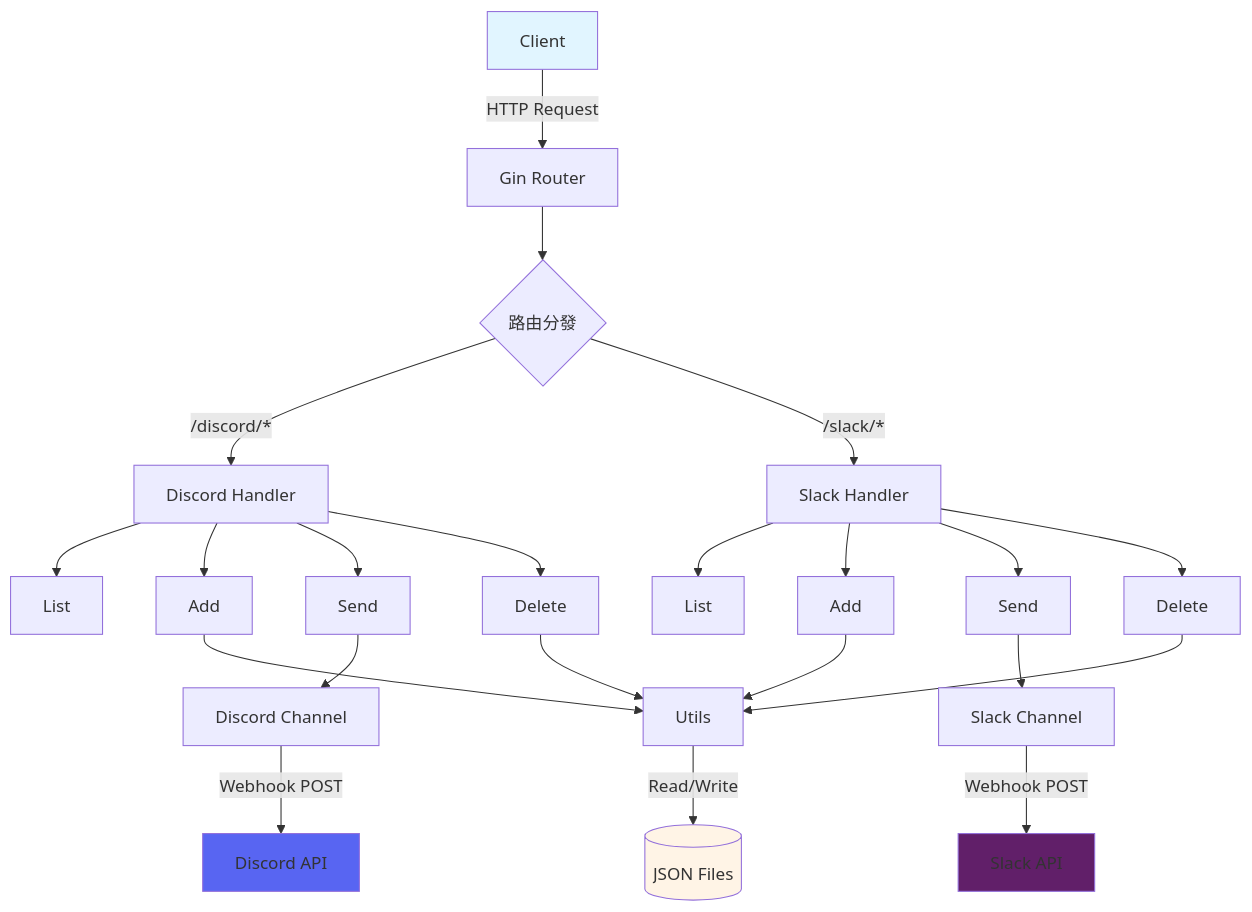
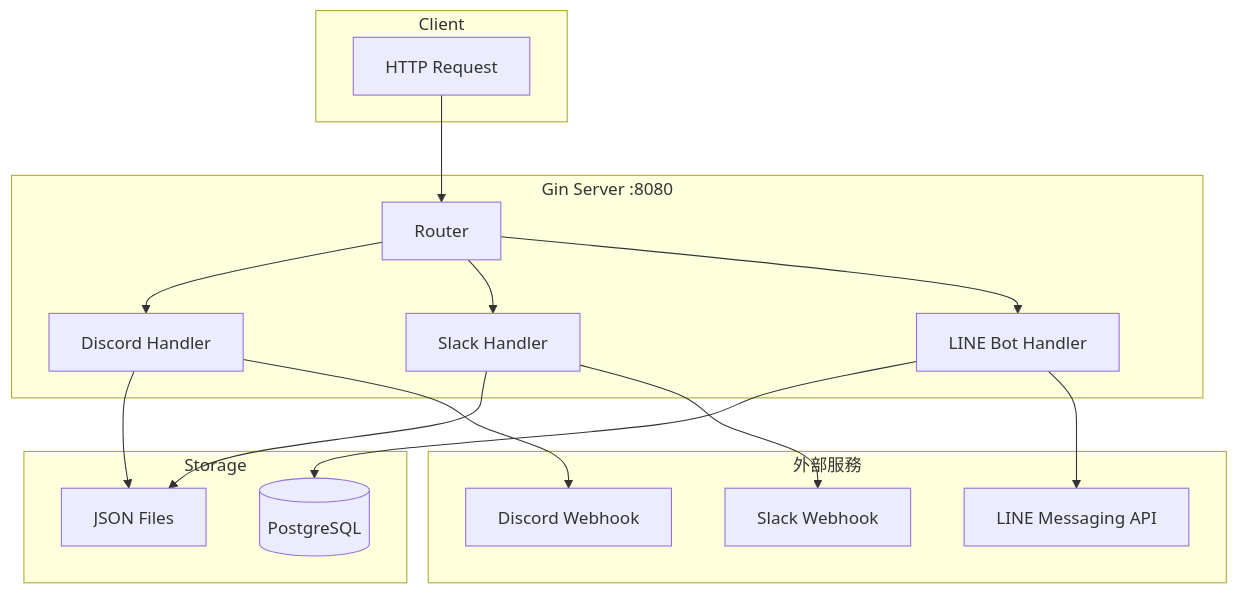
The first of 2 diagrams in README.zh.md (pardnchiu/go-notify-hub), drawn with Mermaid before and after one commit. The commit also changed other lines of this file and 20 other files, not shown here.

````diff
--- a/README.zh.md
+++ b/README.zh.md
@@ -258,36 +21,32 @@
 ```mermaid
 graph TB
-    A[Client] -->|HTTP Request| B[Gin Router]
-    B --> C{路由分發}
-    
-    C -->|/discord/*| D[Discord Handler]
-    C -->|/slack/*| E[Slack Handler]
-    
-    D --> D1[List]
-    D --> D2[Add]
-    D --> D3[Send]
-    D --> D4[Delete]
-    
-    E --> E1[List]
-    E --> E2[Add]
-    E --> E3[Send]
-    E --> E4[Delete]
-    
-    D3 --> F[Discord Channel]
-    E3 --> G[Slack Channel]
-    
-    F -->|Webhook POST| H[Discord API]
-    G -->|Webhook POST| I[Slack API]
-    
-    D2 --> J[Utils]
-    D4 --> J
-    E2 --> J
-    E4 --> J
-    
-    J -->|Read/Write| K[(JSON Files)]
-    
-    style A fill:#e1f5ff
-    style H fill:#5865f2
-    style I fill:#611f69
-    style K fill:#fff4e6
+    subgraph Client
+        A[HTTP Request]
+    end
+
+    subgraph API["Gin Server :8080"]
+        B[Router]
+        B --> C[Discord Handler]
+        B --> D[Slack Handler]
+        B --> E[LINE Bot Handler]
+    end
+
+    subgraph Storage
+        F[(PostgreSQL)]
+        G[JSON Files]
+    end
+
+    subgraph External["外部服務"]
+        H[Discord Webhook]
+        I[Slack Webhook]
+        J[LINE Messaging API]
+    end
+
+    A --> B
+    C --> G
+    C --> H
+    D --> G
+    D --> I
+    E --> F
+    E --> J
 ```
````
